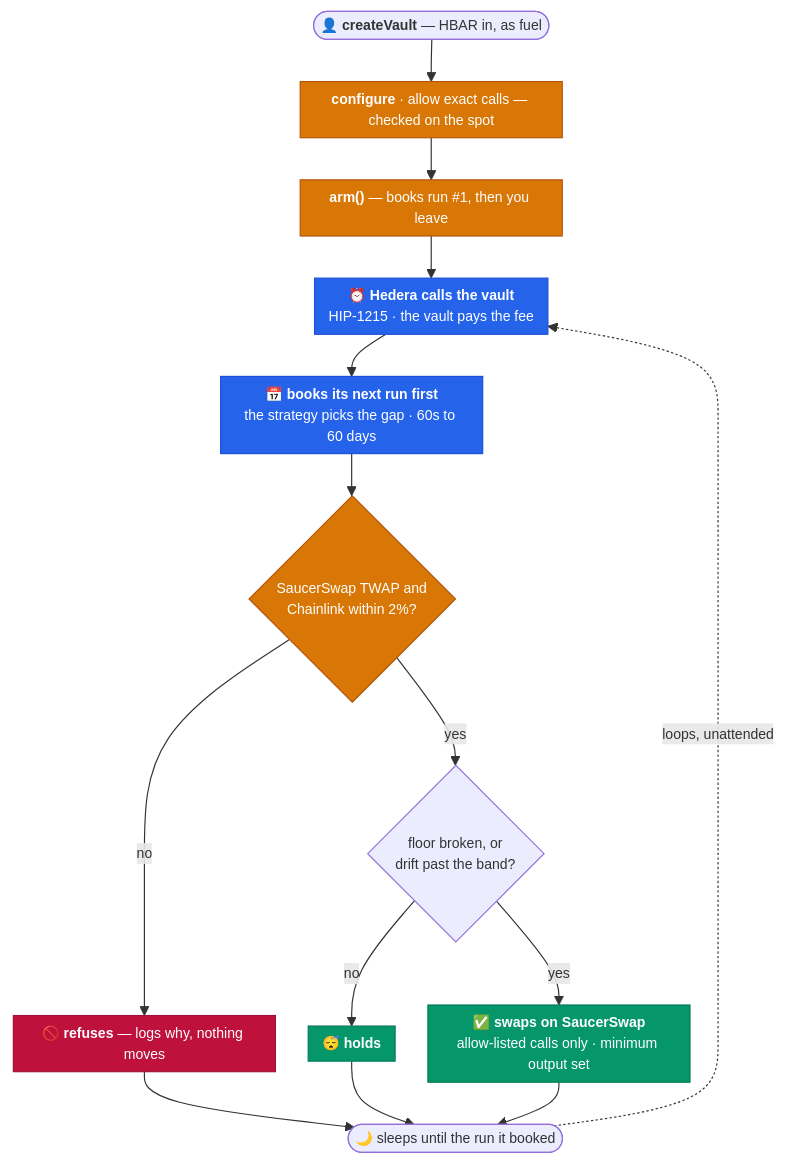
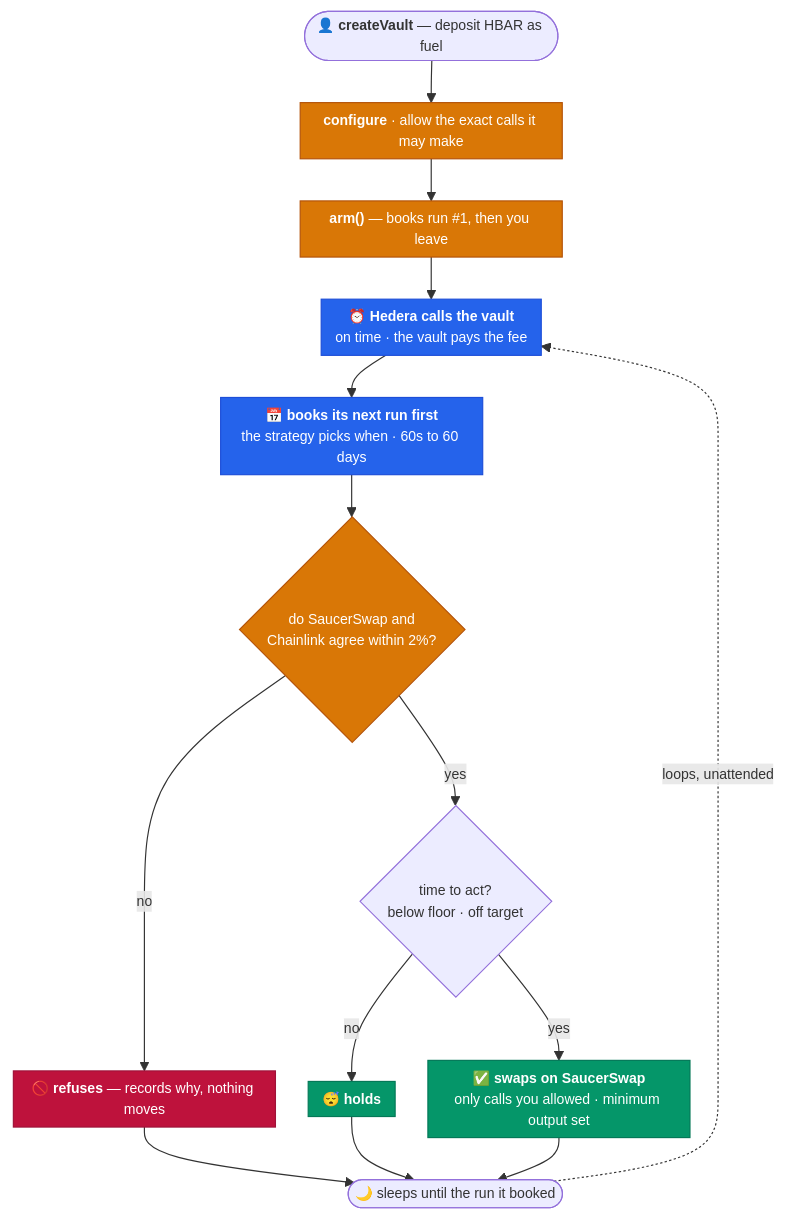
Before and after one commit to Madhav-Gupta-28/Nocturne: the first of 2 diagrams in README.md, drawn with Mermaid. The commit also changed other lines of this file, not shown here.

````diff
--- a/README.md
+++ b/README.md
@@ -69,42 +69,42 @@
 ```mermaid
 ---
 config:
   flowchart:
     nodeSpacing: 28
     rankSpacing: 36
     padding: 6
     useMaxWidth: true
   themeVariables:
     fontSize: 12px
 ---
 flowchart TD
-    NEW(["👤 <b>createVault</b> — HBAR in, as fuel"])
+    NEW(["👤 <b>createVault</b> — deposit HBAR as fuel"])
     NEW --> CFG
-    CFG["<b>configure</b> · allow exact calls — checked on the spot"]
+    CFG["<b>configure</b> · allow the exact calls it may make"]
     CFG --> ARM
     ARM["<b>arm()</b> — books run #1, then you leave"]
     ARM --> FIRE
-    FIRE["⏰ <b>Hedera calls the vault</b><br/>HIP-1215 · the vault pays the fee"]
+    FIRE["⏰ <b>Hedera calls the vault</b><br/>on time · the vault pays the fee"]
     FIRE --> BOOK
-    BOOK["📅 <b>books its next run first</b><br/>the strategy picks the gap · 60s to 60 days"]
+    BOOK["📅 <b>books its next run first</b><br/>the strategy picks when · 60s to 60 days"]
     BOOK --> AGREE
-    AGREE{"SaucerSwap TWAP and<br/>Chainlink within 2%?"}
-    AGREE -->|no| REF["🚫 <b>refuses</b> — logs why, nothing moves"]
-    AGREE -->|yes| DUE{"floor broken, or<br/>drift past the band?"}
+    AGREE{"do SaucerSwap and<br/>Chainlink agree within 2%?"}
+    AGREE -->|no| REF["🚫 <b>refuses</b> — records why, nothing moves"]
+    AGREE -->|yes| DUE{"time to act?<br/>below floor · off target"}
     DUE -->|no| HOLD["😴 <b>holds</b>"]
-    DUE -->|yes| SWAP["✅ <b>swaps on SaucerSwap</b><br/>allow-listed calls only · minimum output set"]
+    DUE -->|yes| SWAP["✅ <b>swaps on SaucerSwap</b><br/>only calls you allowed · minimum output set"]
     REF --> NEXT
     HOLD --> NEXT
     SWAP --> NEXT
     NEXT(["🌙 sleeps until the run it booked"])
     NEXT -.->|"loops, unattended"| FIRE
 
     style CFG fill:#D97706,stroke:#B45309,color:#FFFFFF
     style ARM fill:#D97706,stroke:#B45309,color:#FFFFFF
     style AGREE fill:#D97706,stroke:#B45309,color:#FFFFFF
     style FIRE fill:#2563EB,stroke:#1D4ED8,color:#FFFFFF
     style BOOK fill:#2563EB,stroke:#1D4ED8,color:#FFFFFF
     style SWAP fill:#059669,stroke:#047857,color:#FFFFFF
     style HOLD fill:#059669,stroke:#047857,color:#FFFFFF
     style REF fill:#BE123C,stroke:#9F1239,color:#FFFFFF
 ```
````
